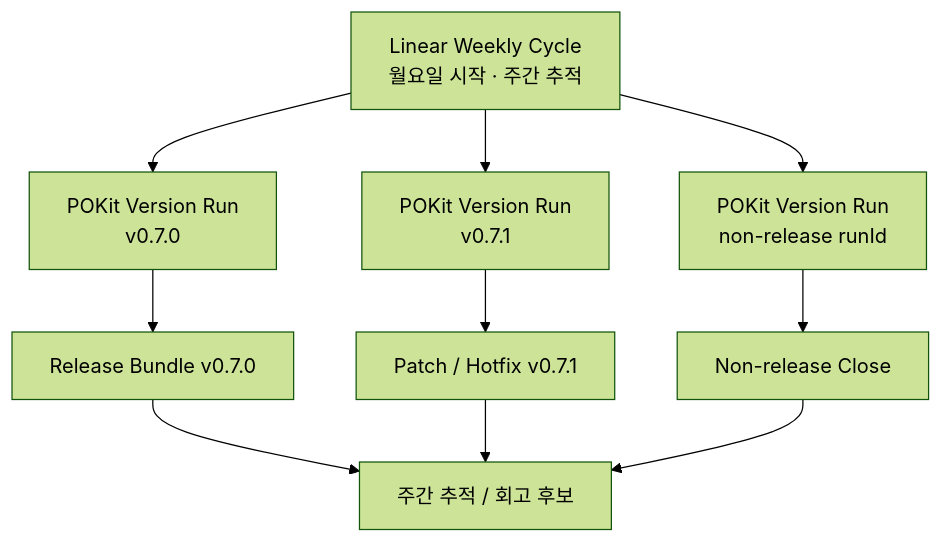
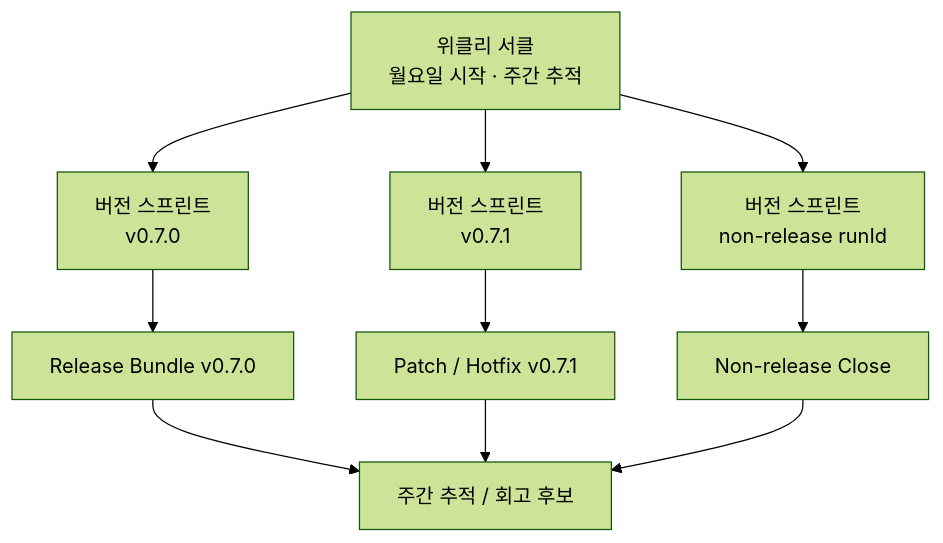
The diagram in docs/architecture/08-cycle-vs-linear-cycle.md (dongwonlee222/POKit), drawn with Mermaid (forest theme) before and after one commit. The commit also changed other lines of this file and 22 other files, not shown here.

First line of the commit message:
refactor: 명칭 변경 — Weekly Cycle → 위클리 서클, Version Run → 버전 스프린트

````diff
--- a/docs/architecture/08-cycle-vs-linear-cycle.md
+++ b/docs/architecture/08-cycle-vs-linear-cycle.md
@@ -7,14 +7,14 @@
 ```mermaid
 flowchart TD
-  W["Linear Weekly Cycle<br/>월요일 시작 · 주간 추적"] --> V1["POKit Version Run<br/>v0.7.0"]
-  W --> V2["POKit Version Run<br/>v0.7.1"]
-  W --> V3["POKit Version Run<br/>non-release runId"]
+  W["위클리 서클<br/>월요일 시작 · 주간 추적"] --> V1["버전 스프린트<br/>v0.7.0"]
+  W --> V2["버전 스프린트<br/>v0.7.1"]
+  W --> V3["버전 스프린트<br/>non-release runId"]
 
   V1 --> R1["Release Bundle v0.7.0"]
   V2 --> R2["Patch / Hotfix v0.7.1"]
   V3 --> R3["Non-release Close"]
 
   R1 --> T["주간 추적 / 회고 후보"]
   R2 --> T
   R3 --> T
 ```
````
